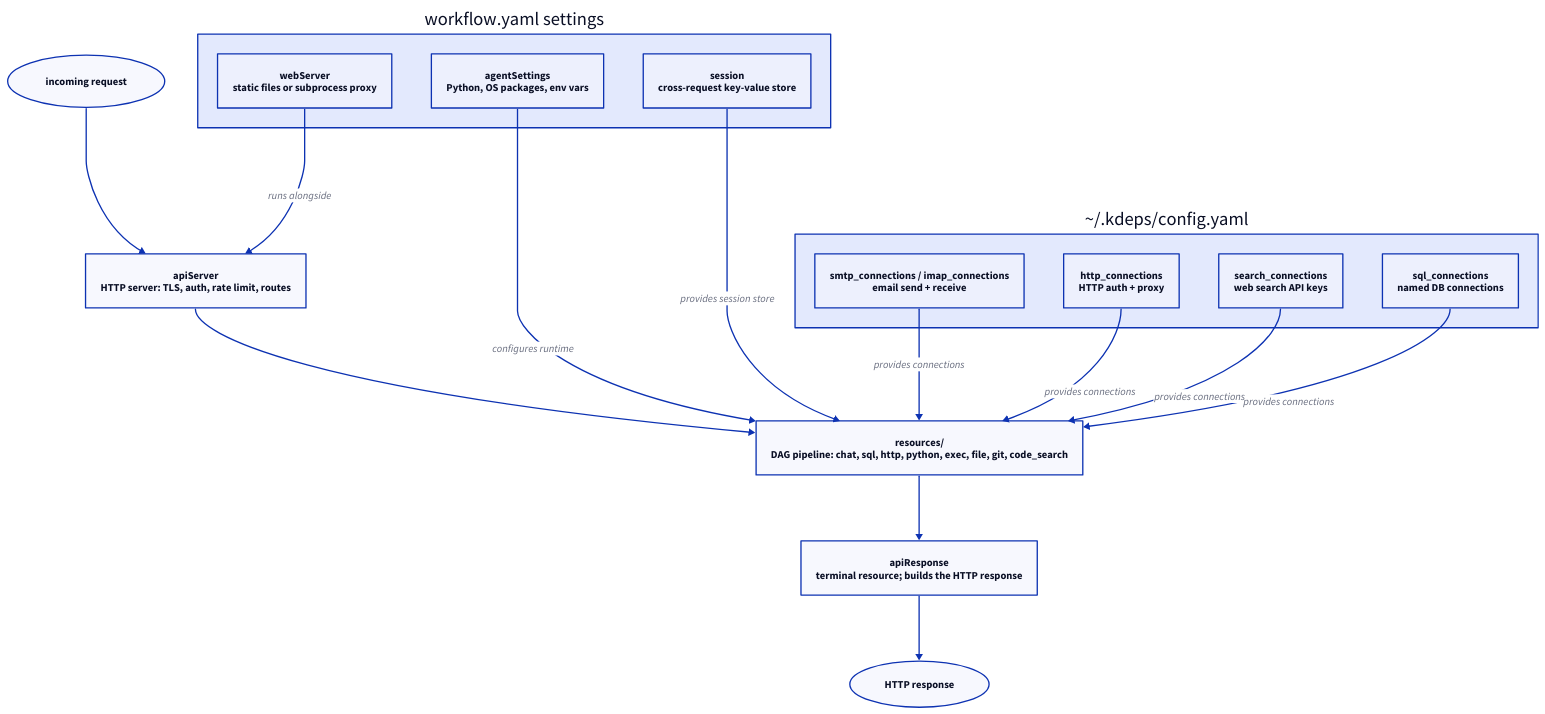
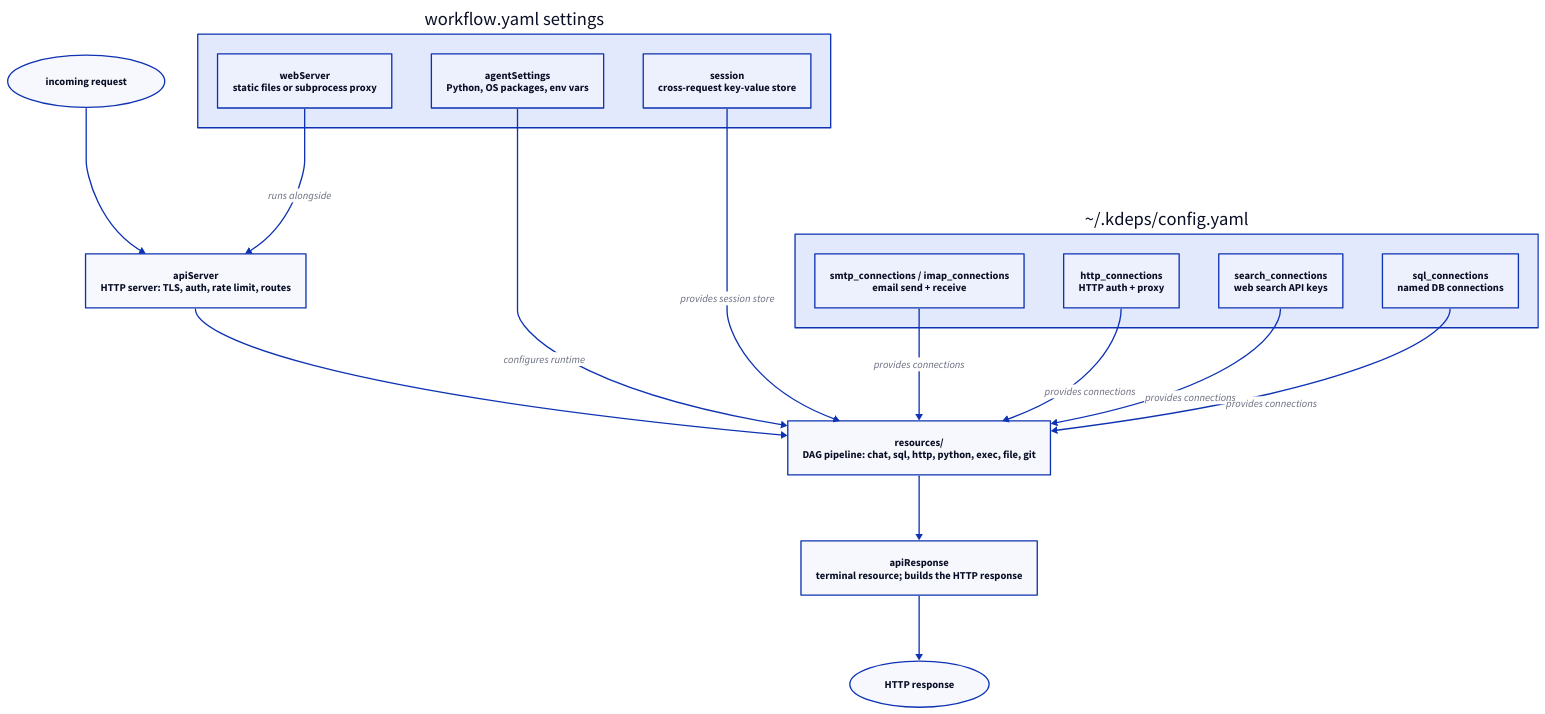
The diagram in docs/v2/workflow/configuration.md (kdeps/kdeps), drawn with D2 before and after one commit. The commit also changed 36 other files, not shown here.

````diff
--- a/docs/v2/workflow/configuration.md
+++ b/docs/v2/workflow/configuration.md
@@ -7,32 +7,32 @@
 ```d2
 direction: down
 
 A: incoming request {shape: oval}
 B: "apiServer\nHTTP server: TLS, auth, rate limit, routes"
-C: "resources/\nDAG pipeline: chat, sql, http, python, exec, file, git, code_search"
+C: "resources/\nDAG pipeline: chat, sql, http, python, exec, file, git"
 D: "apiResponse\nterminal resource; builds the HTTP response"
 E: HTTP response {shape: oval}
 
 A -> B -> C -> D -> E
 
 settings: workflow.yaml settings {
   B2: "webServer\nstatic files or subprocess proxy"
   B3: "agentSettings\nPython, OS packages, env vars"
   B5: "session\ncross-request key-value store"
 }
 
 global: "~/.kdeps/config.yaml" {
   G1: "smtp_connections / imap_connections\nemail send + receive"
   G2: "http_connections\nHTTP auth + proxy"
   G3: "search_connections\nweb search API keys"
   G4: "sql_connections\nnamed DB connections"
 }
 
 settings.B3 -> C: configures runtime
 settings.B5 -> C: provides session store
 settings.B2 -> B: runs alongside
 global.G1 -> C: provides connections
 global.G2 -> C: provides connections
 global.G3 -> C: provides connections
 global.G4 -> C: provides connections
 ```
````
